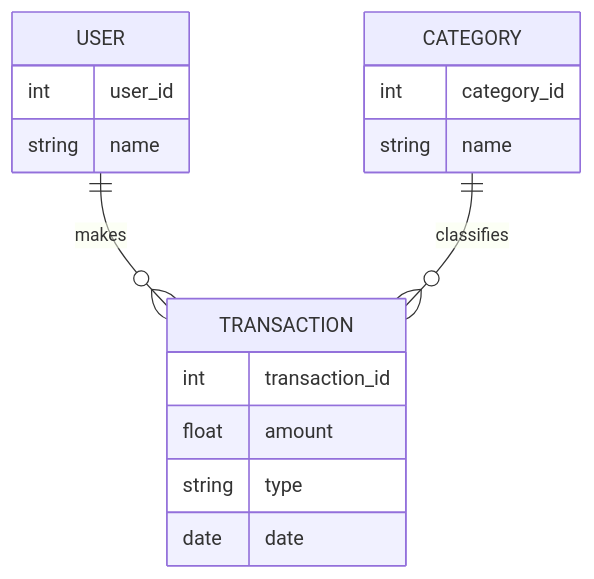
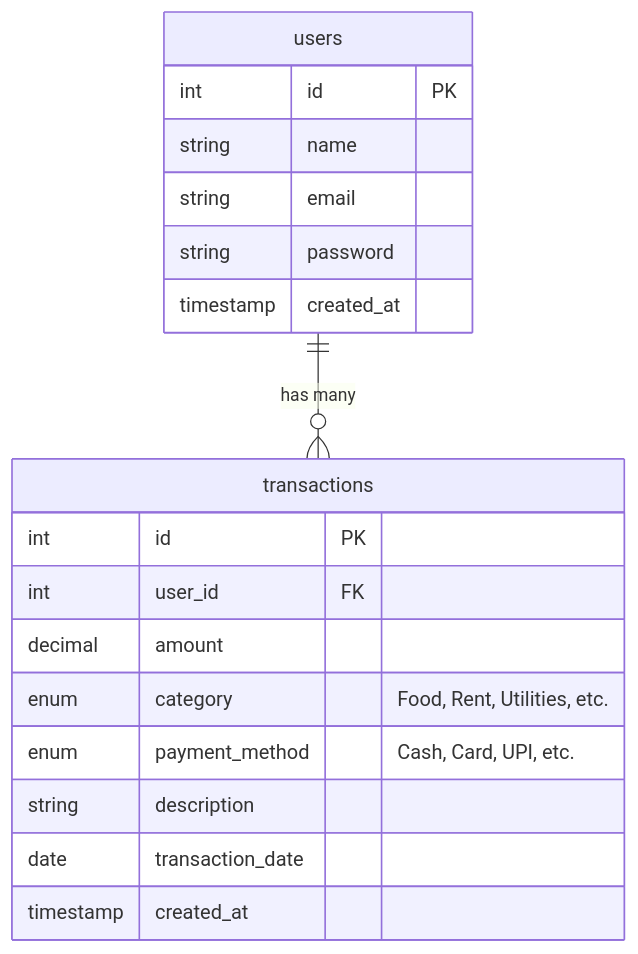
The diagram in erDiagram.md (AN-Pavan-Sai/Personal-Finance-Manager), drawn with Mermaid before and after one commit. The commit also changed other lines of this file and 5 other files, not shown here.

````diff
--- a/erDiagram.md
+++ b/erDiagram.md
@@ -3,22 +5,24 @@
 ```mermaid
 erDiagram
-    USER ||--o{ TRANSACTION : makes
-    CATEGORY ||--o{ TRANSACTION : classifies
+    users ||--o{ transactions : "has many"
 
-    USER {
-        int user_id
+    users {
+        int id PK
         string name
+        string email
+        string password
+        timestamp created_at
     }
 
-    TRANSACTION {
-        int transaction_id
-        float amount
-        string type
-        date date
+    transactions {
+        int id PK
+        int user_id FK
+        decimal amount
+        enum category "Food, Rent, Utilities, etc."
+        enum payment_method "Cash, Card, UPI, etc."
+        string description
+        date transaction_date
+        timestamp created_at
     }
 
-    CATEGORY {
-        int category_id
-        string name
-    }
 ```
````
